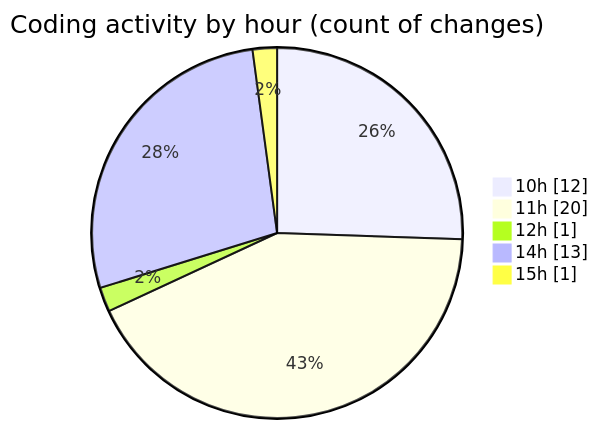
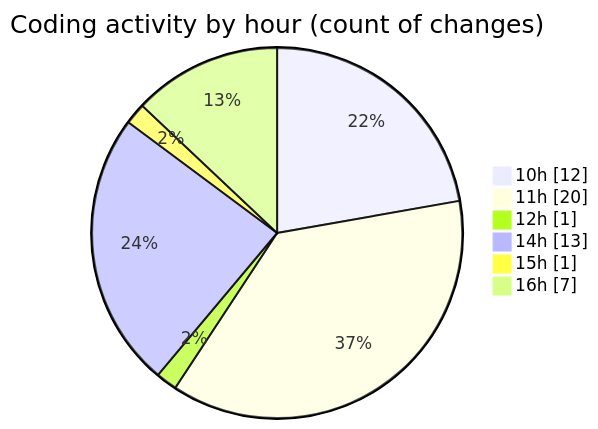
The second of 2 diagrams in 2025-06-20/nxtqube_webapp/README.md (nxtqubesakshisongat/code-tracking), drawn with Mermaid before and after one commit. The commit also changed other lines of this file and 1 other file, not shown here.

````diff
--- a/2025-06-20/nxtqube_webapp/README.md
+++ b/2025-06-20/nxtqube_webapp/README.md
@@ -35,9 +37,10 @@
 ```mermaid
 pie showData
 title Coding activity by hour (count of changes)
 "10h" : 12
 "11h" : 20
 "12h" : 1
 "14h" : 13
 "15h" : 1
+"16h" : 7
 ```
````
